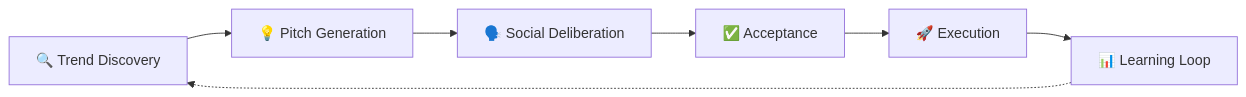
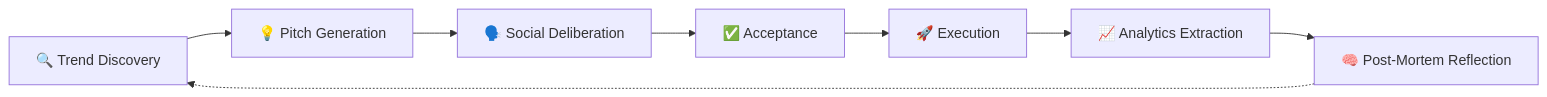
Before and after one commit to Fh-Ndiritu/tool_tide: the first of 4 diagrams in app/controllers/agora/ARCHITECTURE.md, drawn with Mermaid. The commit also changed other lines of this file and 20 other files, not shown here.

````diff
--- a/app/controllers/agora/ARCHITECTURE.md
+++ b/app/controllers/agora/ARCHITECTURE.md
@@ -11,9 +11,10 @@
 ```mermaid
 flowchart LR
     A[🔍 Trend Discovery] --> B[💡 Pitch Generation]
     B --> C[🗣️ Social Deliberation]
     C --> D[✅ Acceptance]
     D --> E[🚀 Execution]
-    E --> F[📊 Learning Loop]
-    F -.-> A
+    E --> F[📈 Analytics Extraction]
+    F --> G[🧠 Post-Mortem Reflection]
+    G -.-> A
 ```
````
